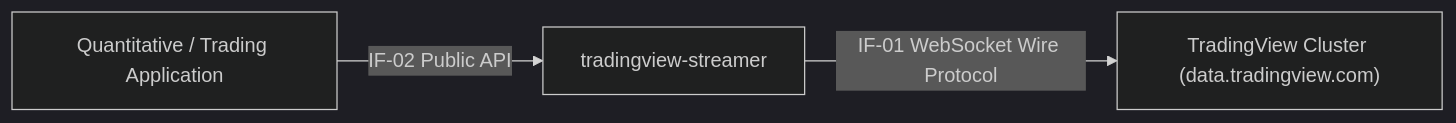
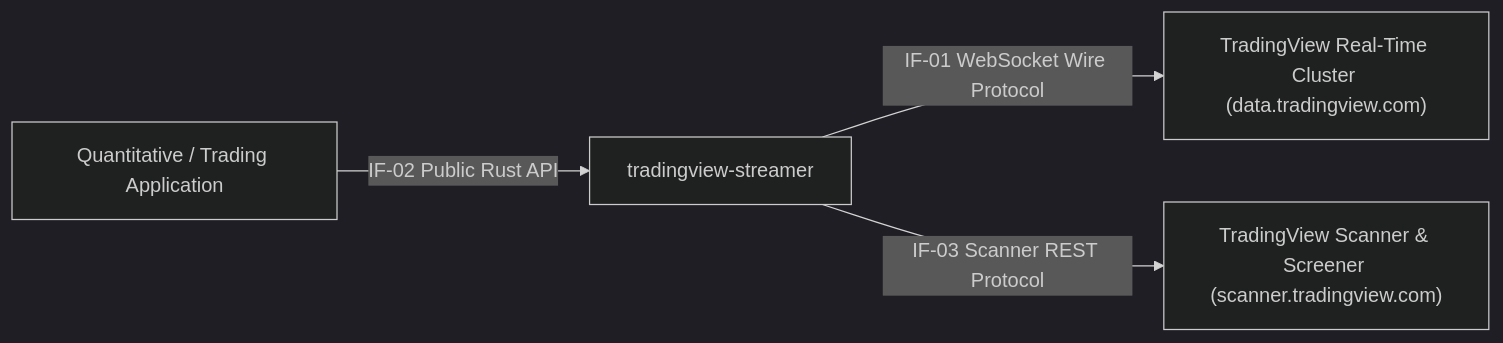
Before and after one commit to ihkaru/tradingview-streamer-rs: the diagram in docs/architecture/03_context_and_scope.md, drawn with Mermaid (dark theme). The commit also changed other lines of this file and 21 other files, not shown here.

Commit message:
feat(roadmap): add phases 008-016 and update arc42 for upstream scraper parity

````diff
--- a/docs/architecture/03_context_and_scope.md
+++ b/docs/architecture/03_context_and_scope.md
@@ -12,5 +12,6 @@
 ```mermaid
 graph LR
-    UserApp["Quantitative / Trading Application"] -- "IF-02 Public API" --> TVStreamer["tradingview-streamer"]
-    TVStreamer -- "IF-01 WebSocket Wire Protocol" --> TVCluster["TradingView Cluster (data.tradingview.com)"]
+    UserApp["Quantitative / Trading Application"] -- "IF-02 Public Rust API" --> TVStreamer["tradingview-streamer"]
+    TVStreamer -- "IF-01 WebSocket Wire Protocol" --> TVCluster["TradingView Real-Time Cluster (data.tradingview.com)"]
+    TVStreamer -- "IF-03 Scanner REST Protocol" --> TVScanner["TradingView Scanner & Screener (scanner.tradingview.com)"]
 ```
````
